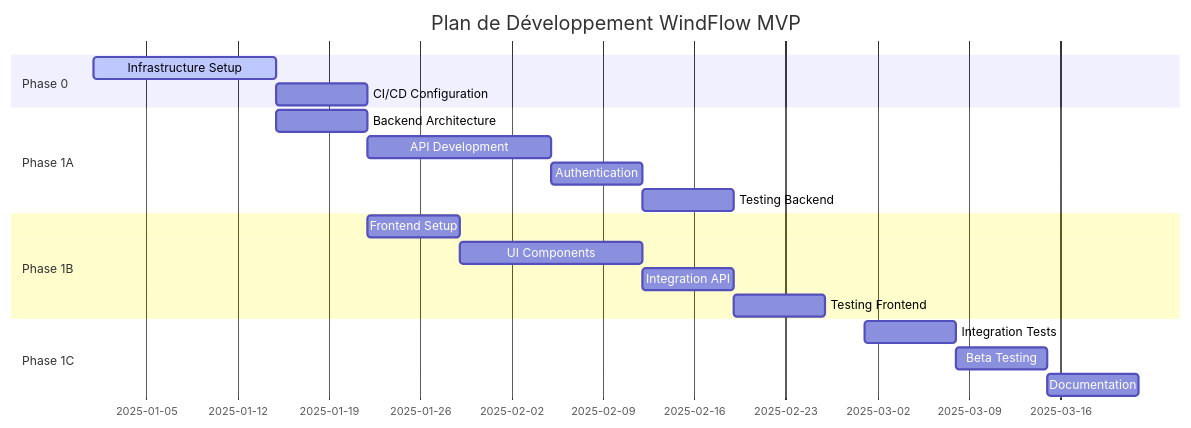
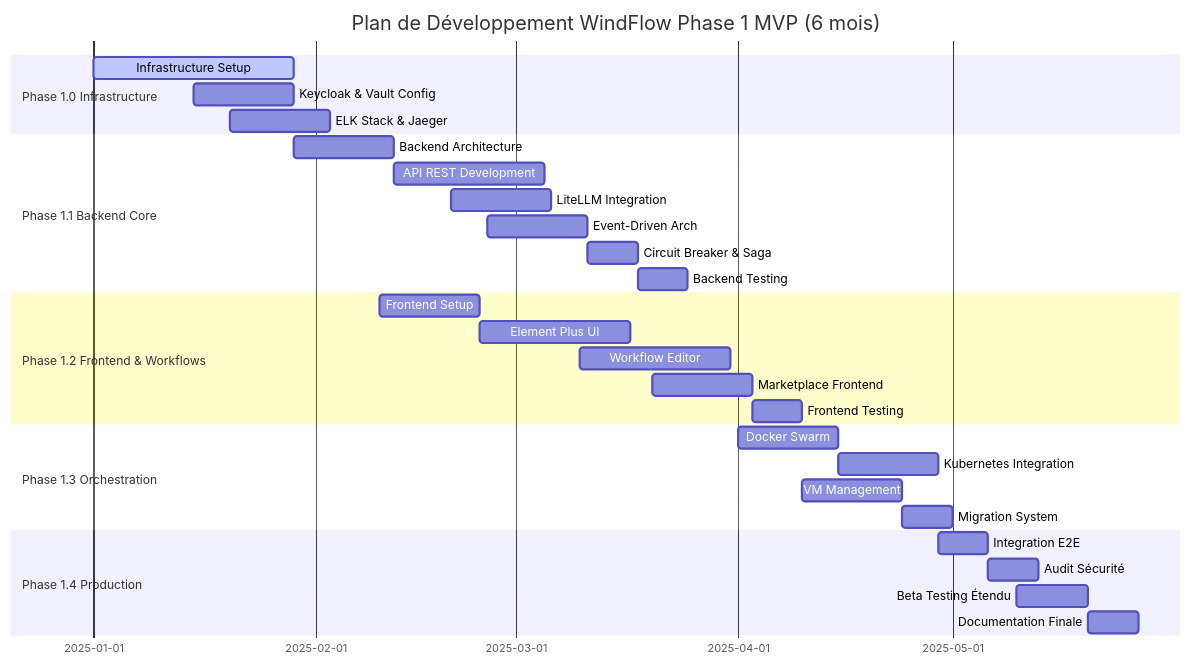
Before and after one commit to stefapi/windflow: the diagram in doc/fast-startup-plan.md, drawn with Mermaid. The commit also changed other lines of this file, not shown here.

Commit message:
docs: update of fast-startup-plan

````diff
--- a/doc/fast-startup-plan.md
+++ b/doc/fast-startup-plan.md
@@ -748,25 +1247,37 @@
 ```mermaid
 gantt
-    title Plan de Développement WindFlow MVP
+    title Plan de Développement WindFlow Phase 1 MVP (6 mois)
     dateFormat  YYYY-MM-DD
-    section Phase 0
-    Infrastructure Setup        :active, p0, 2025-01-01, 14d
-    CI/CD Configuration         :p0a, after p0, 7d
     
-    section Phase 1A
-    Backend Architecture        :p1a, 2025-01-15, 7d
-    API Development            :p1aa, after p1a, 14d
-    Authentication            :p1ab, after p1aa, 7d
-    Testing Backend           :p1ac, after p1ab, 7d
+    section Phase 1.0 Infrastructure
+    Infrastructure Setup        :active, p10, 2025-01-01, 28d
+    Keycloak & Vault Config    :p10a, 2025-01-15, 14d
+    ELK Stack & Jaeger         :p10b, 2025-01-20, 14d
     
-    section Phase 1B
-    Frontend Setup            :p1b, 2025-01-22, 7d
-    UI Components             :p1ba, after p1b, 14d
-    Integration API           :p1bb, after p1ba, 7d
-    Testing Frontend          :p1bc, after p1bb, 7d
+    section Phase 1.1 Backend Core
+    Backend Architecture       :p11, 2025-01-29, 14d
+    API REST Development       :p11a, after p11, 21d
+    LiteLLM Integration       :p11b, 2025-02-20, 14d
+    Event-Driven Arch         :p11c, 2025-02-25, 14d
+    Circuit Breaker & Saga    :p11d, after p11c, 7d
+    Backend Testing           :p11e, after p11d, 7d
     
-    section Phase 1C
-    Integration Tests         :p1c, 2025-03-01, 7d
-    Beta Testing             :p1ca, after p1c, 7d
-    Documentation            :p1cb, after p1ca, 7d
+    section Phase 1.2 Frontend & Workflows
+    Frontend Setup            :p12, 2025-02-10, 14d
+    Element Plus UI           :p12a, after p12, 21d
+    Workflow Editor           :p12b, 2025-03-10, 21d
+    Marketplace Frontend      :p12c, 2025-03-20, 14d
+    Frontend Testing          :p12d, after p12c, 7d
+    
+    section Phase 1.3 Orchestration
+    Docker Swarm              :p13, 2025-04-01, 14d
+    Kubernetes Integration    :p13a, after p13, 14d
+    VM Management             :p13b, 2025-04-10, 14d
+    Migration System          :p13c, after p13b, 7d
+    
+    section Phase 1.4 Production
+    Integration E2E           :p14, 2025-04-29, 7d
+    Audit Sécurité           :p14a, after p14, 7d
+    Beta Testing Étendu      :p14b, 2025-05-10, 10d
+    Documentation Finale      :p14c, after p14b, 7d
 ```
````
